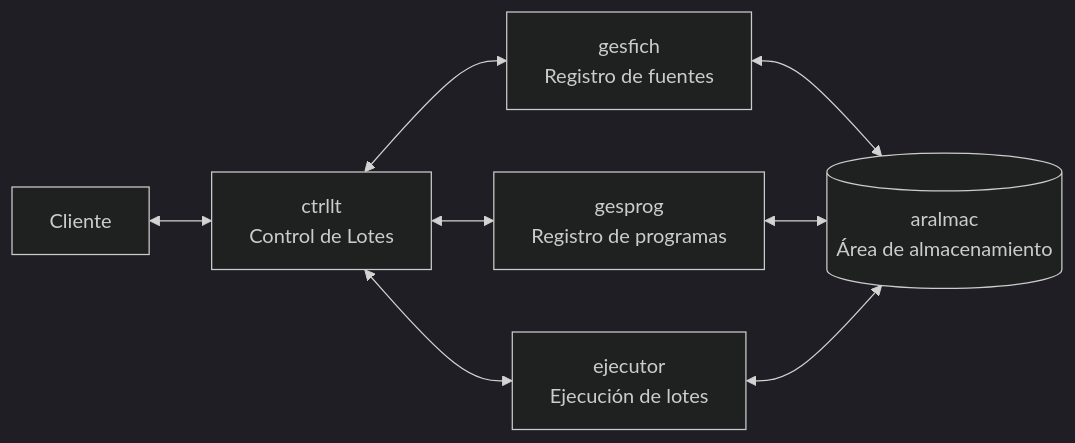
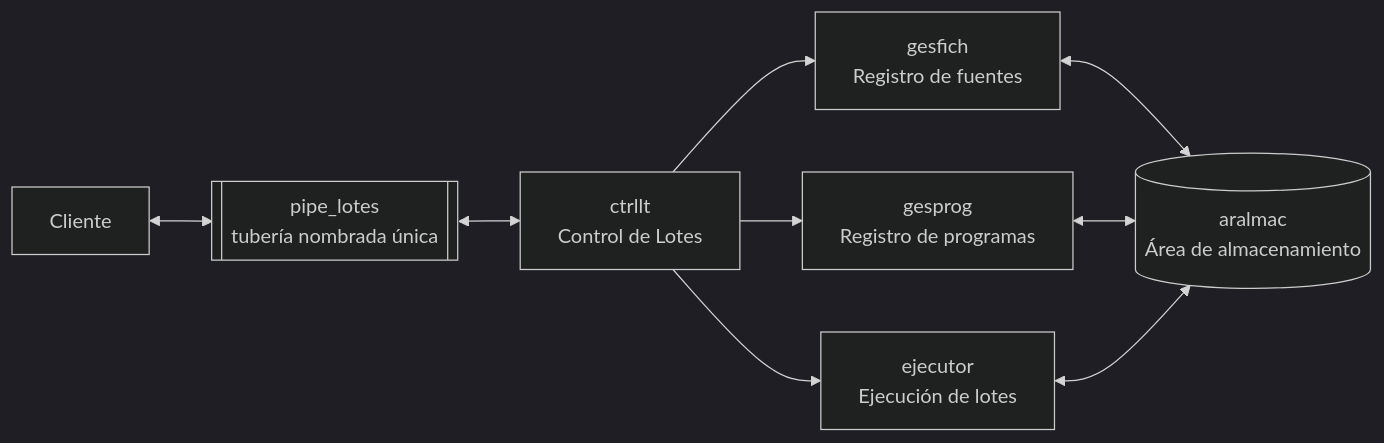
One commit to AnnaSG27/SO_FinalProject_AnnaGiraldo changed the first of 5 diagrams in docs/Diseño.md. Above: the diagram before and after it, drawn with Mermaid (dark theme). The commit also changed other lines of this file, not shown here.

````diff
--- a/docs/Diseño.md
+++ b/docs/Diseño.md
@@ -31,19 +45,21 @@
 ```mermaid
 
 flowchart LR
 
-C[Cliente] <--> T[ctrllt<br/>Control de Lotes]
+C[Cliente] <--> B[[pipe_lotes<br/>tubería nombrada única]]
 
-T <--> F[gesfich<br/>Registro de fuentes]
+B <--> T[ctrllt<br/>Control de Lotes]
 
-T <--> P[gesprog<br/>Registro de programas]
+T --> F[gesfich<br/>Registro de fuentes]
 
-T <--> E[ejecutor<br/>Ejecución de lotes]
+T --> P[gesprog<br/>Registro de programas]
+
+T --> E[ejecutor<br/>Ejecución de lotes]
 
 F <--> A[(aralmac<br/>Área de almacenamiento)]
 
 P <--> A
 
 E <--> A
 
 ```
````
